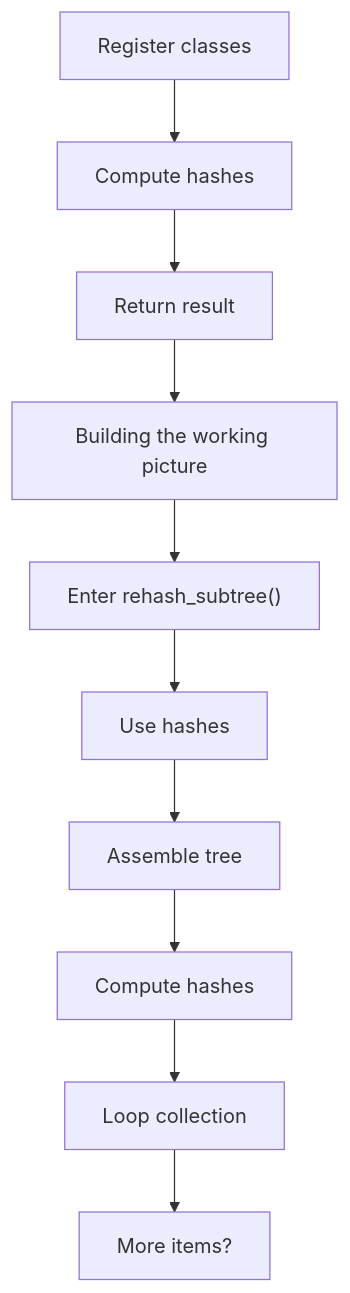
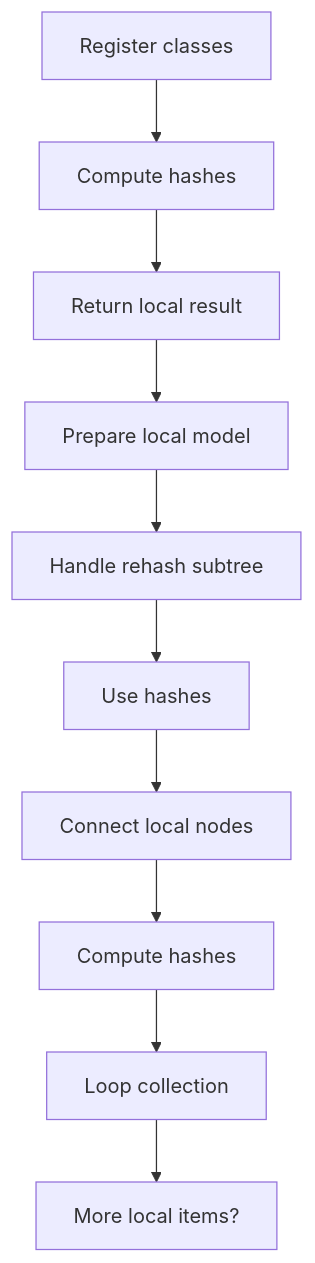
One commit to JohnAndrewBalbarosa/NeoTerritory changed the third of 7 diagrams in docs/Codebase/Microservice/Modules/Source/HashingMechanism/ReverseMerkle/Flow/hash_program_flow.cpp.md. Above: the diagram before and after it, drawn with Mermaid. The commit also changed other lines of this file and 915 other files, not shown here.

````diff
--- a/docs/Codebase/Microservice/Modules/Source/HashingMechanism/ReverseMerkle/Flow/hash_program_flow.cpp.md
+++ b/docs/Codebase/Microservice/Modules/Source/HashingMechanism/ReverseMerkle/Flow/hash_program_flow.cpp.md
@@ -67,22 +67,22 @@
 ```mermaid
 flowchart TD
     N0["Register classes"]
     N1["Compute hashes"]
-    N2["Return result"]
-    N3["Building the working picture"]
-    N4["Enter rehash_subtree()"]
+    N2["Return local result"]
+    N3["Prepare local model"]
+    N4["Handle rehash subtree"]
     N5["Use hashes"]
-    N6["Assemble tree"]
+    N6["Connect local nodes"]
     N7["Compute hashes"]
     N8["Loop collection"]
-    N9["More items?"]
+    N9["More local items?"]
     N0 --> N1
     N1 --> N2
     N2 --> N3
     N3 --> N4
     N4 --> N5
     N5 --> N6
     N6 --> N7
     N7 --> N8
     N8 --> N9
 ```
````
